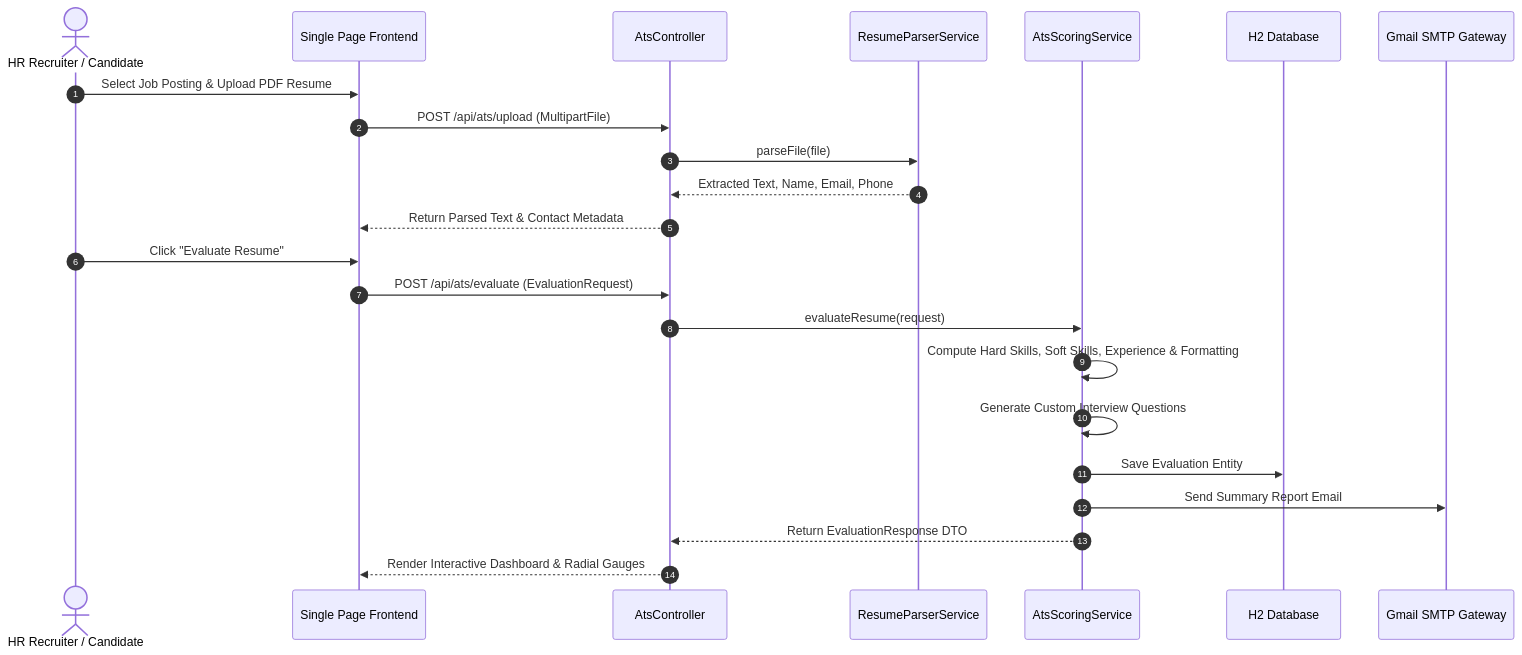
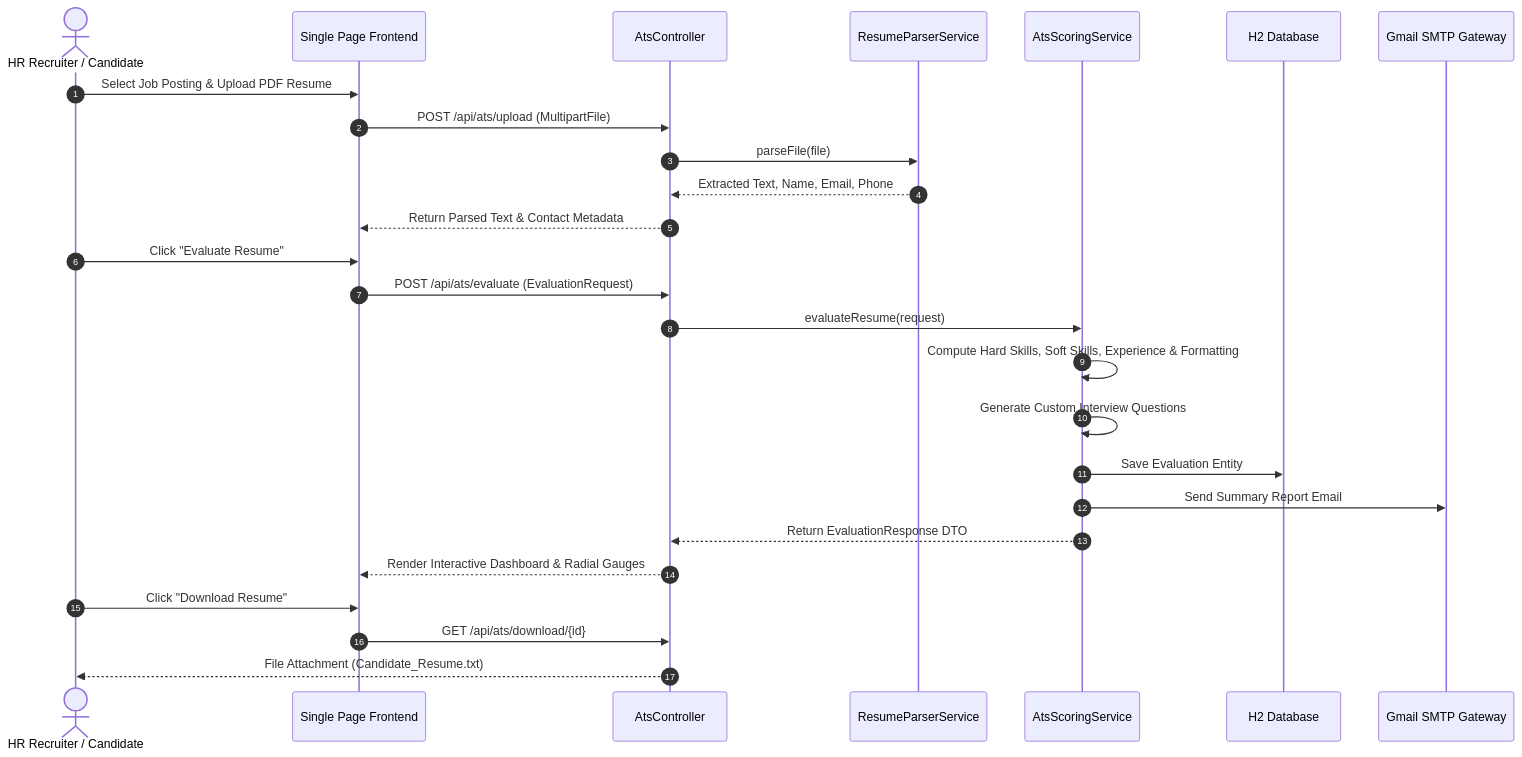
One commit to Ramesh2200/ats-resume-scorer changed the diagram in FLOW_DIAGRAMS.md. Above: the diagram before and after it, drawn with Mermaid. The commit also changed other lines of this file and 3 other files, not shown here.

Commit message:
Update system architecture diagram with populated fields and resume download options

````diff
--- a/FLOW_DIAGRAMS.md
+++ b/FLOW_DIAGRAMS.md
@@ -79,27 +74,30 @@
 ```mermaid
 sequenceDiagram
     autonumber
     actor User as HR Recruiter / Candidate
     participant SPA as Single Page Frontend
     participant API as AtsController
     participant Parser as ResumeParserService
     participant Scorer as AtsScoringService
     participant DB as H2 Database
     participant Email as Gmail SMTP Gateway
 
     User->>SPA: Select Job Posting & Upload PDF Resume
     SPA->>API: POST /api/ats/upload (MultipartFile)
     API->>Parser: parseFile(file)
     Parser-->>API: Extracted Text, Name, Email, Phone
     API-->>SPA: Return Parsed Text & Contact Metadata
     
     User->>SPA: Click "Evaluate Resume"
     SPA->>API: POST /api/ats/evaluate (EvaluationRequest)
     API->>Scorer: evaluateResume(request)
     Scorer->>Scorer: Compute Hard Skills, Soft Skills, Experience & Formatting
     Scorer->>Scorer: Generate Custom Interview Questions
     Scorer->>DB: Save Evaluation Entity
     Scorer->>Email: Send Summary Report Email
     Scorer-->>API: Return EvaluationResponse DTO
     API-->>SPA: Render Interactive Dashboard & Radial Gauges
+    User->>SPA: Click "Download Resume"
+    SPA->>API: GET /api/ats/download/{id}
+    API-->>User: File Attachment (Candidate_Resume.txt)
 ```
````
